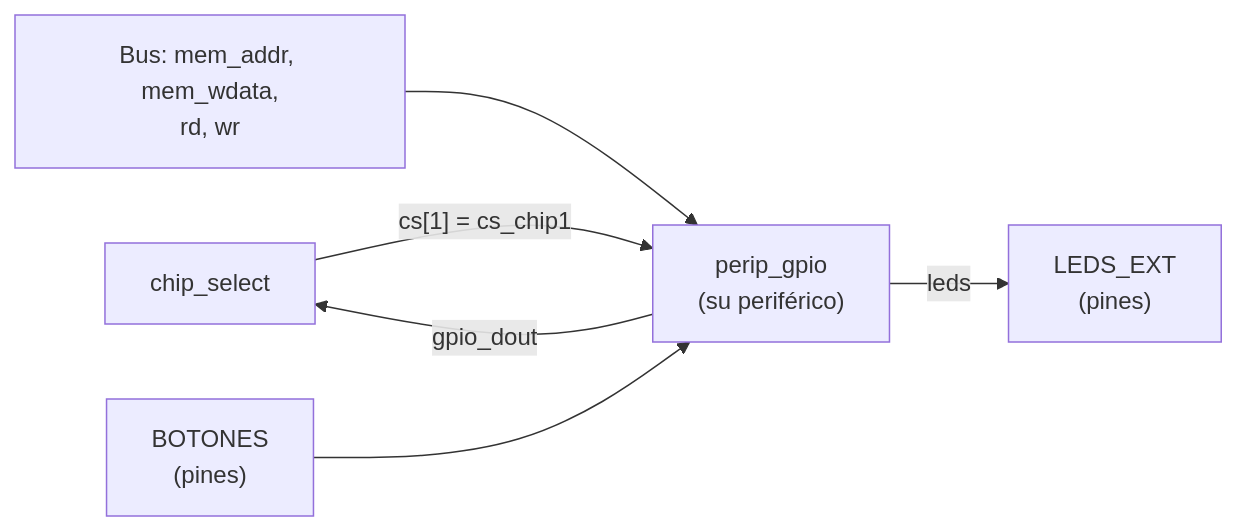
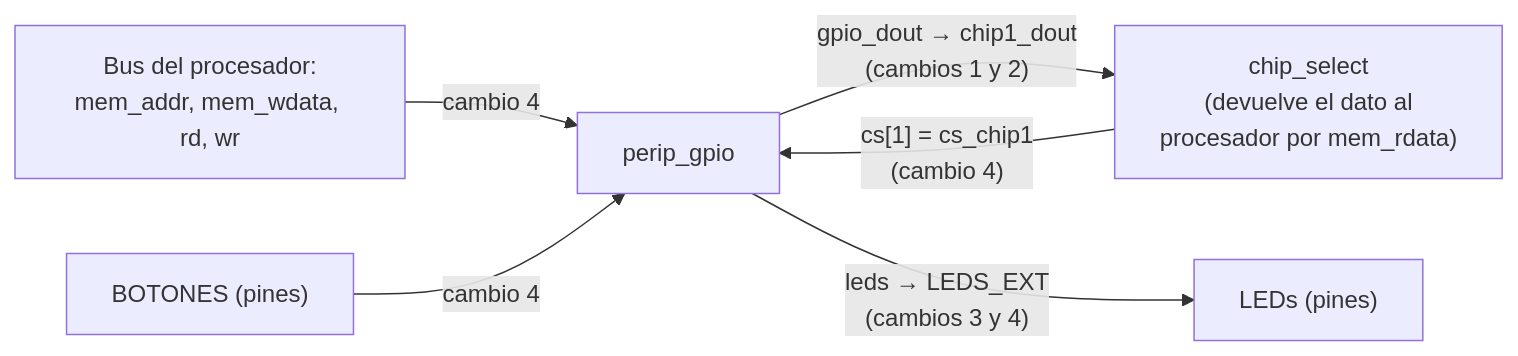
Before and after one commit to afgalindor1/Laboratorio_Digital_2026_2_G9_G10: the second of 2 diagrams in Labs/lab-femtorv/lab-femtorv/Semana2.md, drawn with Mermaid. The commit also changed other lines of this file and 11 other files, not shown here.

Commit message:
Semana 2 rediseñada: GPIO guiado, receta para conectar un periférico y registro INVERTIR

````diff
--- a/Labs/lab-femtorv/lab-femtorv/Semana2.md
+++ b/Labs/lab-femtorv/lab-femtorv/Semana2.md
@@ -129,8 +133,8 @@
 ```mermaid
 flowchart LR
-    CS["chip_select"] -- "cs[1] = cs_chip1" --> G["perip_gpio<br/>(su periférico)"]
-    BUS["Bus: mem_addr, mem_wdata,<br/>rd, wr"] --> G
-    G -- "gpio_dout" --> CS
-    BOT["BOTONES<br/>(pines)"] --> G
-    G -- "leds" --> LED["LEDS_EXT<br/>(pines)"]
+    BUS["Bus del procesador:<br/>mem_addr, mem_wdata, rd, wr"] -- "cambio 4" --> G["perip_gpio"]
+    CS["chip_select<br/>(devuelve el dato al<br/>procesador por mem_rdata)"] -- "cs[1] = cs_chip1<br/>(cambio 4)" --> G
+    G -- "gpio_dout → chip1_dout<br/>(cambios 1 y 2)" --> CS
+    BOT["BOTONES (pines)"] -- "cambio 4" --> G
+    G -- "leds → LEDS_EXT<br/>(cambios 3 y 4)" --> LED["LEDs (pines)"]
 ```
````
